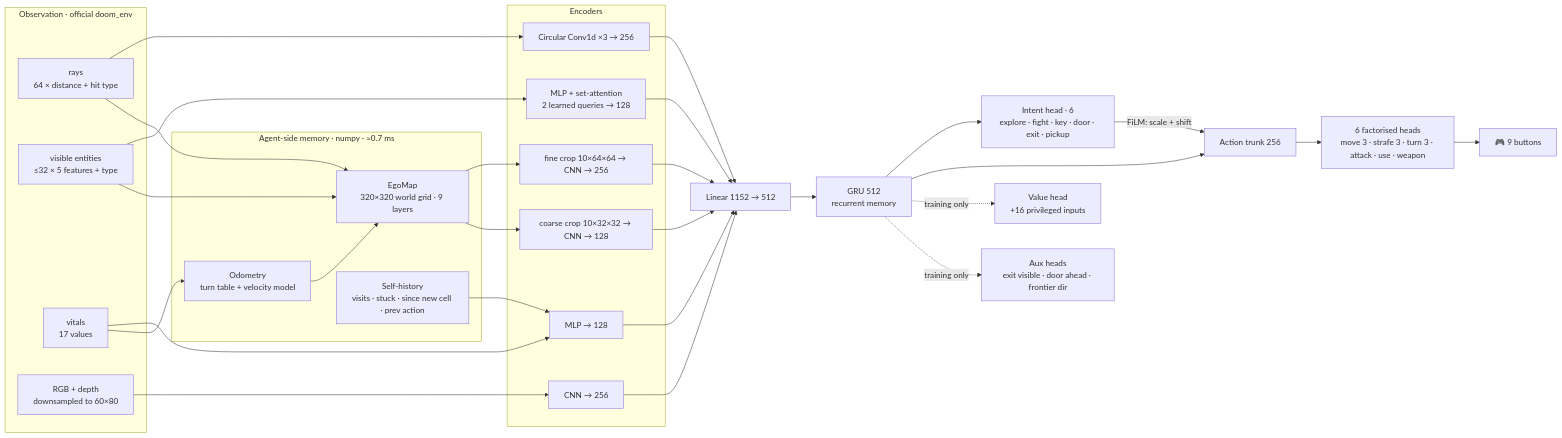
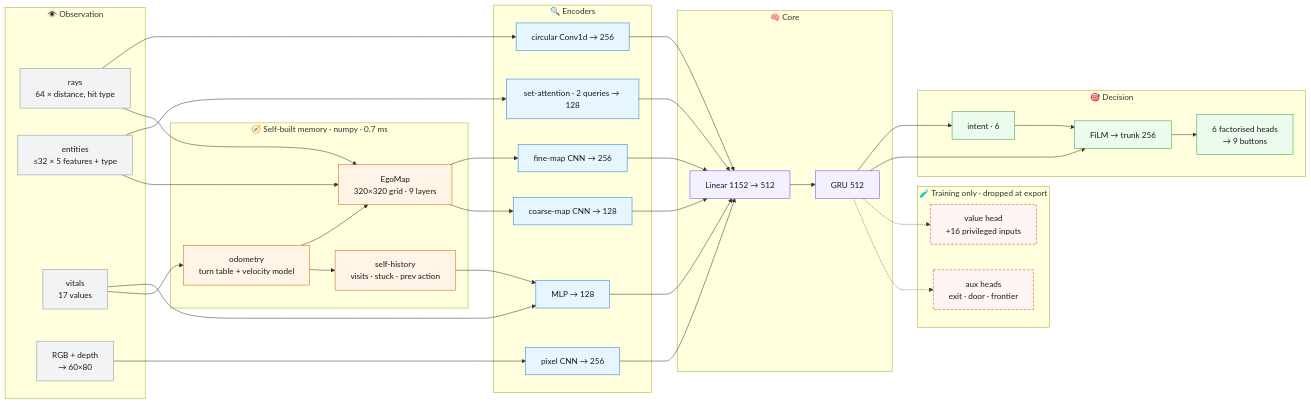
Before and after one commit to AnshulMohanty/Agent_Yodha: the second of 6 diagrams in README.md, drawn with Mermaid. The commit also changed other lines of this file, not shown here.

Commit message:
README: standalone project overview, styled diagrams, engineering decisions

````diff
--- a/README.md
+++ b/README.md
@@ -122,46 +145,71 @@
 ```mermaid
 flowchart LR
-    subgraph OBS["Observation · official doom_env"]
-        R["rays<br/>64 × distance + hit type"]
-        E["visible entities<br/>≤32 × 5 features + type"]
+    subgraph OBS["👁️ Observation"]
+        R["rays<br/>64 × distance, hit type"]
+        E["entities<br/>≤32 × 5 features + type"]
         V["vitals<br/>17 values"]
-        P["RGB + depth<br/>downsampled to 60×80"]
+        P["RGB + depth<br/>→ 60×80"]
     end
 
-    subgraph MEM["Agent-side memory · numpy · ≈0.7 ms"]
-        O["Odometry<br/>turn table + velocity model"]
-        M["EgoMap<br/>320×320 world grid · 9 layers"]
-        H["Self-history<br/>visits · stuck · since new cell · prev action"]
+    subgraph MEM["🧭 Self-built memory · numpy · 0.7 ms"]
+        O["odometry<br/>turn table + velocity model"]
+        M["EgoMap<br/>320×320 grid · 9 layers"]
+        H["self-history<br/>visits · stuck · prev action"]
     end
 
-    subgraph ENC["Encoders"]
-        RC["Circular Conv1d ×3 → 256"]
-        AT["MLP + set-attention<br/>2 learned queries → 128"]
+    subgraph ENC["🔍 Encoders"]
+        RC["circular Conv1d → 256"]
+        AT["set-attention · 2 queries → 128"]
         SM["MLP → 128"]
-        PC["CNN → 256"]
-        MF["fine crop 10×64×64 → CNN → 256"]
-        MC["coarse crop 10×32×32 → CNN → 128"]
+        PC["pixel CNN → 256"]
+        MF["fine-map CNN → 256"]
+        MC["coarse-map CNN → 128"]
+    end
+
+    subgraph CORE["🧠 Core"]
+        FUSE["Linear 1152 → 512"]
+        GRU["GRU 512"]
+    end
+
+    subgraph HEAD["🎯 Decision"]
+        INT["intent · 6"]
+        TRUNK["FiLM → trunk 256"]
+        ACT["6 factorised heads<br/>→ 9 buttons"]
+    end
+
+    subgraph TRAIN["🧪 Training only · dropped at export"]
+        VAL["value head<br/>+16 privileged inputs"]
+        AUX["aux heads<br/>exit · door · frontier"]
     end
 
     R --> RC
     E --> AT
     V --> SM
-    H --> SM
     P --> PC
     V --> O
-    O --> M
     R --> M
     E --> M
+    O --> M
     M --> MF
     M --> MC
+    O --> H
+    H --> SM
+    RC & AT & SM & PC & MF & MC --> FUSE --> GRU
+    GRU --> INT --> TRUNK
+    GRU --> TRUNK --> ACT
+    GRU -.-> VAL
+    GRU -.-> AUX
 
-    RC & AT & SM & PC & MF & MC --> FUSE["Linear 1152 → 512"]
-    FUSE --> GRU["GRU 512<br/>recurrent memory"]
-    GRU --> INT["Intent head · 6<br/>explore · fight · key · door · exit · pickup"]
-    INT -->|"FiLM: scale + shift"| TRUNK["Action trunk 256"]
-    GRU --> TRUNK
-    TRUNK --> HEADS["6 factorised heads<br/>move 3 · strafe 3 · turn 3 · attack · use · weapon"]
-    HEADS --> BTN["🎮 9 buttons"]
-    GRU -.->|training only| VAL["Value head<br/>+16 privileged inputs"]
-    GRU -.->|training only| AUX["Aux heads<br/>exit visible · door ahead · frontier dir"]
+    classDef obs fill:#f1f3f5,stroke:#868e96,color:#1a1a1a
+    classDef mem fill:#fff4e6,stroke:#e8590c,color:#1a1a1a
+    classDef enc fill:#e7f5ff,stroke:#1c7ed6,color:#1a1a1a
+    classDef core fill:#f3f0ff,stroke:#7048e8,color:#1a1a1a
+    classDef head fill:#ebfbee,stroke:#2f9e44,color:#1a1a1a
+    classDef train fill:#fff5f5,stroke:#e03131,color:#1a1a1a,stroke-dasharray:5 3
+    class R,E,V,P obs
+    class O,M,H mem
+    class RC,AT,SM,PC,MF,MC enc
+    class FUSE,GRU core
+    class INT,TRUNK,ACT head
+    class VAL,AUX train
 ```
````
